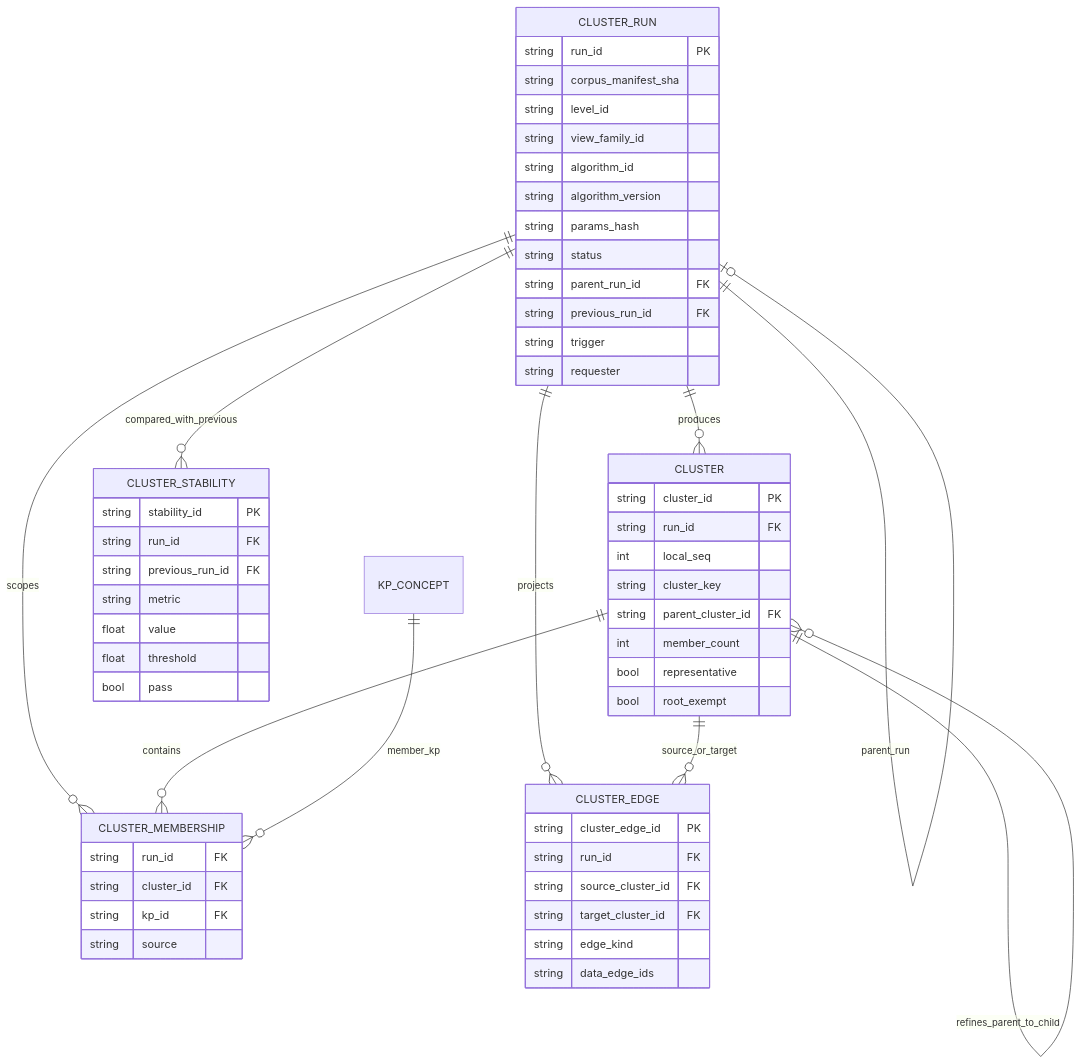
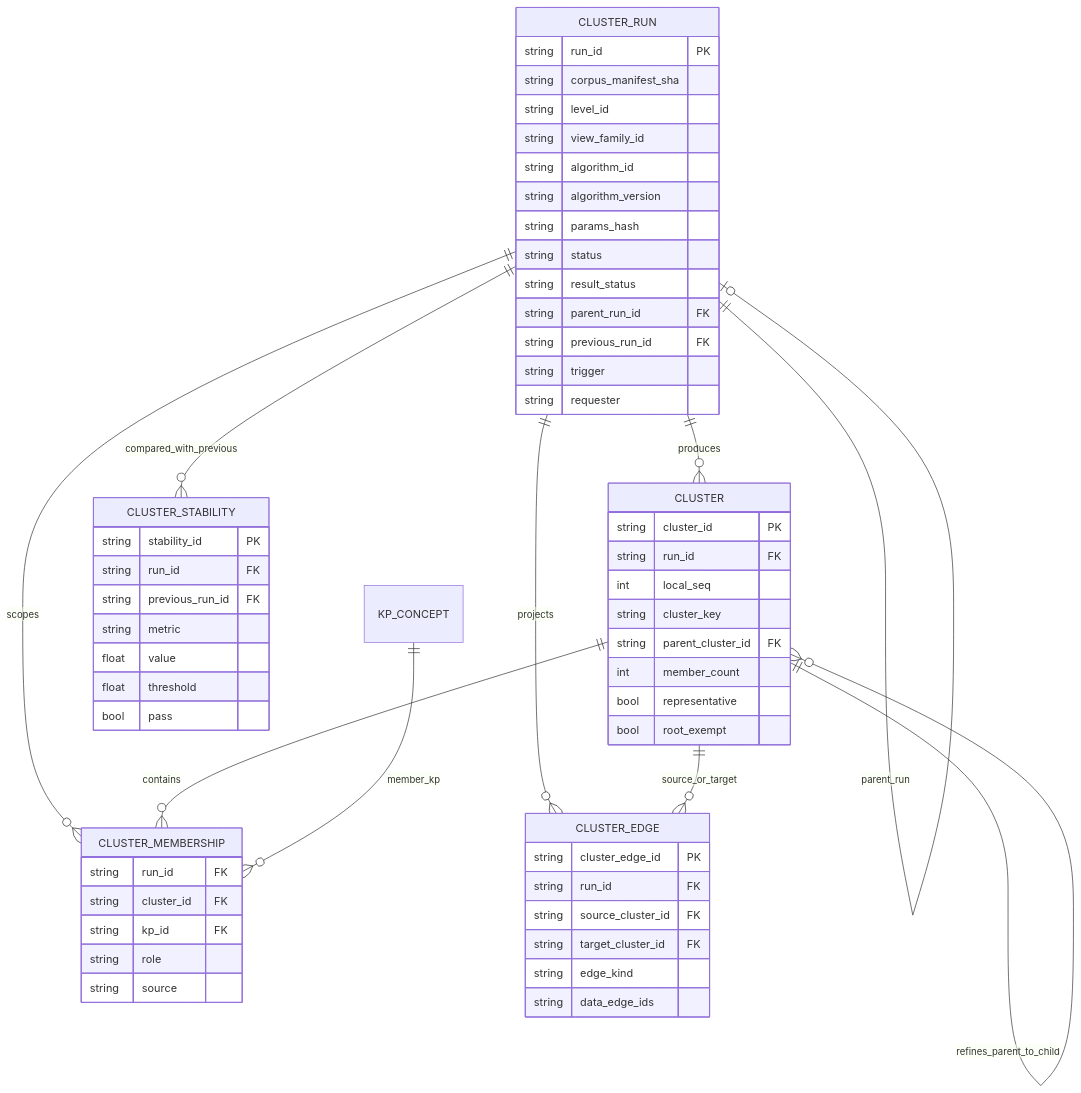
Before and after one commit to Fresh-Tim-Lam/Memoria: the first of 3 diagrams in docs/design/multilevel-graph/S2-engineering-check.md, drawn with Mermaid. The commit also changed other lines of this file and 5 other files, not shown here.

````diff
--- a/docs/design/multilevel-graph/S2-engineering-check.md
+++ b/docs/design/multilevel-graph/S2-engineering-check.md
@@ -170,60 +148,62 @@
 ```mermaid
 erDiagram
     CLUSTER_RUN ||--o{ CLUSTER : produces
     CLUSTER_RUN ||--o{ CLUSTER_MEMBERSHIP : scopes
     CLUSTER_RUN ||--o{ CLUSTER_EDGE : projects
     CLUSTER_RUN ||--o{ CLUSTER_STABILITY : compared_with_previous
     CLUSTER_RUN ||--o| CLUSTER_RUN : parent_run
     CLUSTER ||--o{ CLUSTER_MEMBERSHIP : contains
     CLUSTER ||--o{ CLUSTER : refines_parent_to_child
     CLUSTER ||--o{ CLUSTER_EDGE : source_or_target
     KP_CONCEPT ||--o{ CLUSTER_MEMBERSHIP : member_kp
 
     CLUSTER_RUN {
         string run_id PK
         string corpus_manifest_sha
         string level_id
         string view_family_id
         string algorithm_id
         string algorithm_version
         string params_hash
         string status
+        string result_status
         string parent_run_id FK
         string previous_run_id FK
         string trigger
         string requester
     }
     CLUSTER {
         string cluster_id PK
         string run_id FK
         int local_seq
         string cluster_key
         string parent_cluster_id FK
         int member_count
         bool representative
         bool root_exempt
     }
     CLUSTER_MEMBERSHIP {
         string run_id FK
         string cluster_id FK
         string kp_id FK
+        string role
         string source
     }
     CLUSTER_EDGE {
         string cluster_edge_id PK
         string run_id FK
         string source_cluster_id FK
         string target_cluster_id FK
         string edge_kind
         string data_edge_ids
     }
     CLUSTER_STABILITY {
         string stability_id PK
         string run_id FK
         string previous_run_id FK
         string metric
         float value
         float threshold
         bool pass
     }
 ```
````
